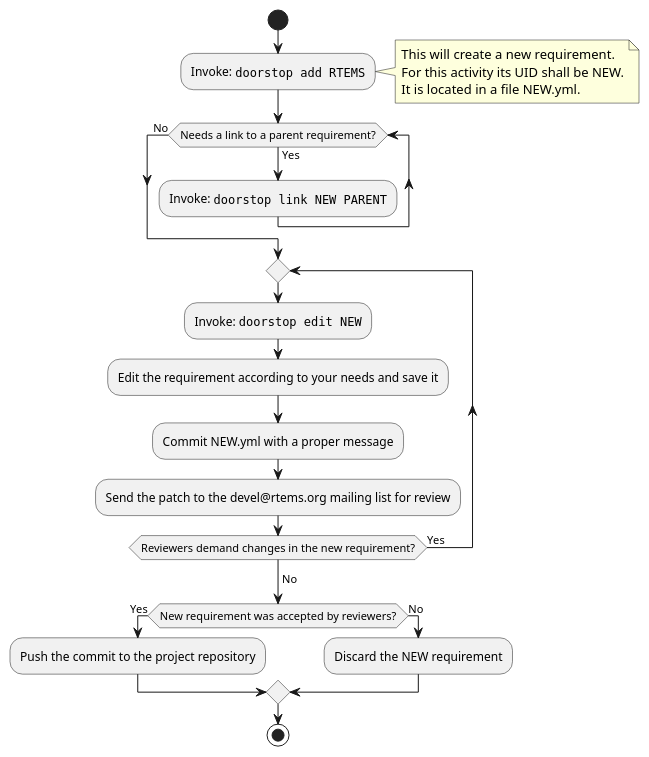
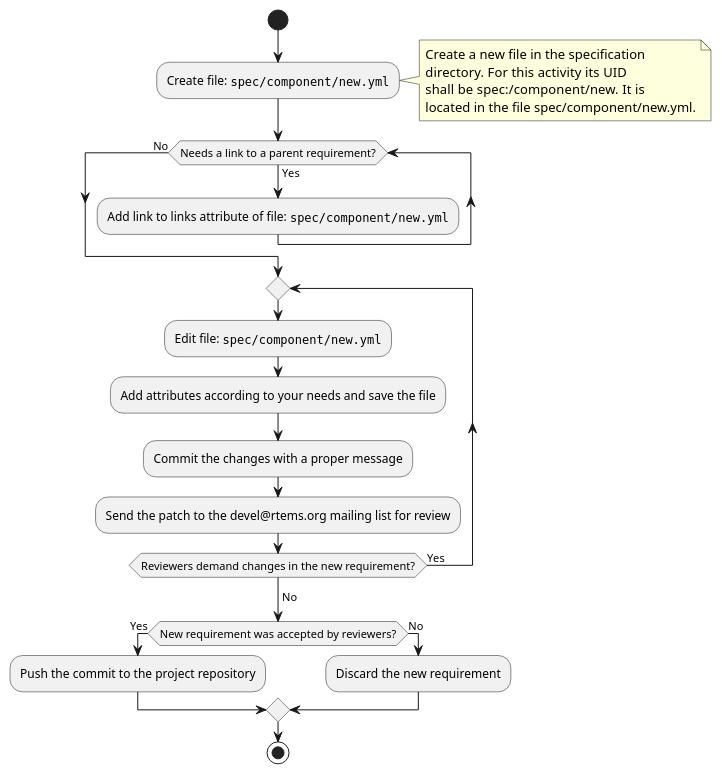
One commit to RTEMS/rtems-docs changed the diagram in images/eng/req-add.puml. Above: the diagram before and after it, drawn with PlantUML. The commit also changed other lines of this file and 6 other files, not shown here.

```diff
--- a/images/eng/req-add.puml
+++ b/images/eng/req-add.puml
@@ -5,36 +5,37 @@
 @startuml
 
 start
 
-:Invoke: ""doorstop add RTEMS"";
+:Create file: ""spec/component/new.yml"";
 
 note right
-  This will create a new requirement.
-  For this activity its UID shall be NEW.
-  It is located in a file NEW.yml.
+  Create a new file in the specification
+  directory.  For this activity its UID
+  shall be spec:/component/new.  It is
+  located in the file spec/component/new.yml.
 end note
 
 while (Needs a link to a parent requirement?) is (Yes)
-  :Invoke: ""doorstop link NEW PARENT"";
+  :Add link to links attribute of file: ""spec/component/new.yml"";
 endwhile (No)
 
 repeat
-  :Invoke: ""doorstop edit NEW"";
+  :Edit file: ""spec/component/new.yml"";
 
-  :Edit the requirement according to your needs and save it;
+  :Add attributes according to your needs and save the file;
 
-  :Commit NEW.yml with a proper message;
+  :Commit the changes with a proper message;
 
   :Send the patch to the devel@rtems.org mailing list for review;
 repeat while (Reviewers demand changes in the new requirement?) is (Yes)
 ->No;
 
 if (New requirement was accepted by reviewers?) then (Yes)
   :Push the commit to the project repository;
 else (No)
-  :Discard the NEW requirement;
+  :Discard the new requirement;
 endif
 
 stop
 
 @enduml
```
